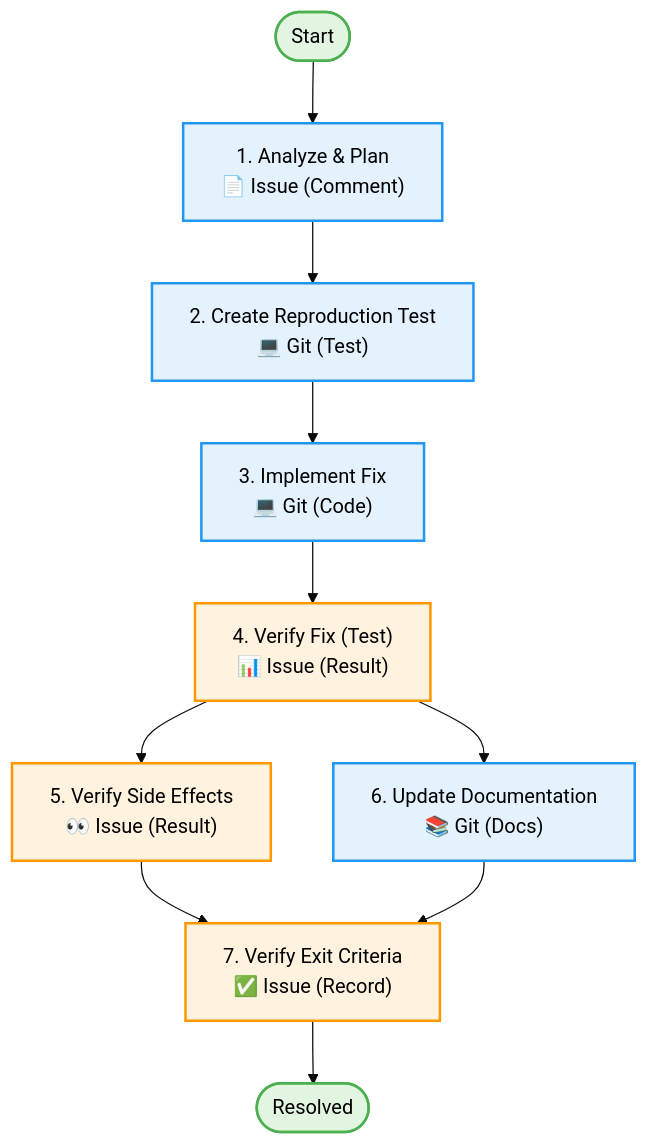
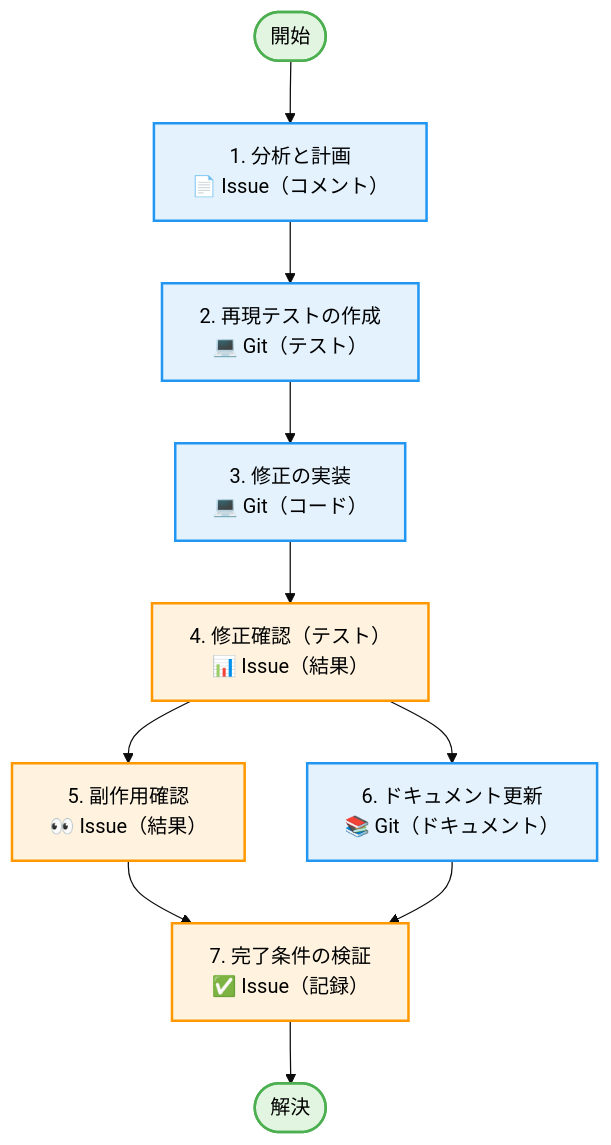
The third of 4 diagrams in knowledge/workflows/workflow.md (LongbowXXX/ai-tuber), drawn with Mermaid (base theme) before and after one commit. The commit also changed other lines of this file and 68 other files, not shown here.

````diff
--- a/knowledge/workflows/workflow.md
+++ b/knowledge/workflows/workflow.md
@@ -156,21 +156,21 @@
 ```mermaid
 graph TD
-    Start([Start]) --> T1
-    T1["1. Analyze & Plan<br/>📄 Issue (Comment)"] --> T2
-    T2["2. Create Reproduction Test<br/>💻 Git (Test)"] --> T3
-    T3["3. Implement Fix<br/>💻 Git (Code)"] --> T4
-    T4["4. Verify Fix (Test)<br/>📊 Issue (Result)"] --> T5
+  Start([開始]) --> T1
+  T1["1. 分析と計画<br/>📄 Issue（コメント）"] --> T2
+  T2["2. 再現テストの作成<br/>💻 Git（テスト）"] --> T3
+  T3["3. 修正の実装<br/>💻 Git（コード）"] --> T4
+  T4["4. 修正確認（テスト）<br/>📊 Issue（結果）"] --> T5
     T4 --> T6
-    T5["5. Verify Side Effects<br/>👀 Issue (Result)"] --> T7
-    T6["6. Update Documentation<br/>📚 Git (Docs)"] --> T7
-    T7["7. Verify Exit Criteria<br/>✅ Issue (Record)"] --> End
-    End([Resolved])
+  T5["5. 副作用確認<br/>👀 Issue（結果）"] --> T7
+  T6["6. ドキュメント更新<br/>📚 Git（ドキュメント）"] --> T7
+  T7["7. 完了条件の検証<br/>✅ Issue（記録）"] --> End
+  End([解決])
 
     classDef startEnd fill:#e1f5e1,stroke:#4caf50,stroke-width:2px,color:#000
     classDef task fill:#e3f2fd,stroke:#2196f3,stroke-width:2px,color:#000
     classDef check fill:#fff3e0,stroke:#ff9800,stroke-width:2px,color:#000
 
     class Start,End startEnd
     class T1,T2,T3,T6 task
     class T4,T5,T7 check
 ```
````
